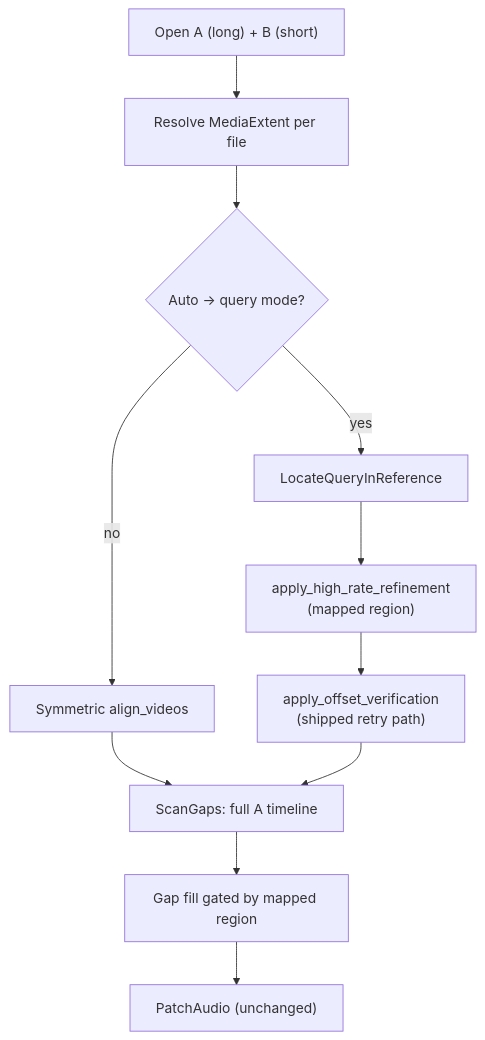
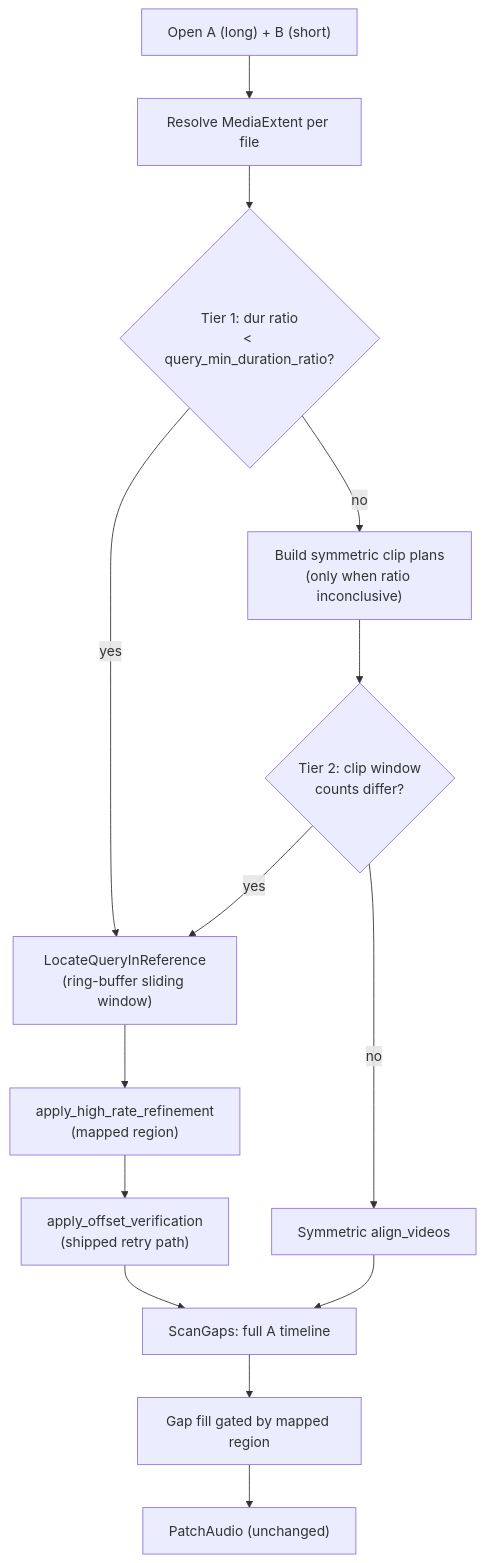
One commit to mgroeninger/clip-sync changed the diagram in docs/TEMP-query-reference-alignment-plan.md. Above: the diagram before and after it, drawn with Mermaid. The commit also changed other lines of this file, not shown here.

First line of the commit message:
Enhance query-reference alignment plan with tolerance tiers and refined search strategy

````diff
--- a/docs/TEMP-query-reference-alignment-plan.md
+++ b/docs/TEMP-query-reference-alignment-plan.md
@@ -427,18 +451,23 @@
 ```mermaid
 flowchart TD
     OPEN["Open A (long) + B (short)"]
     EXT["Resolve MediaExtent per file"]
-    MODE{"Auto → query mode?"}
+    RATIO{"Tier 1: dur ratio\n< query_min_duration_ratio?"}
+    PLAN["Build symmetric clip plans\n(only when ratio inconclusive)"]
+    COUNT{"Tier 2: clip window\ncounts differ?"}
     SYM["Symmetric align_videos"]
-    LOC["LocateQueryInReference"]
+    LOC["LocateQueryInReference\n(ring-buffer sliding window)"]
     HR["apply_high_rate_refinement\n(mapped region)"]
     VER["apply_offset_verification\n(shipped retry path)"]
     SCAN["ScanGaps: full A timeline"]
     FILL["Gap fill gated by mapped region"]
     PATCH["PatchAudio (unchanged)"]
 
-    OPEN --> EXT --> MODE
-    MODE -->|no| SYM --> SCAN
-    MODE -->|yes| LOC --> HR --> VER --> SCAN
+    OPEN --> EXT --> RATIO
+    RATIO -->|yes| LOC
+    RATIO -->|no| PLAN --> COUNT
+    COUNT -->|yes| LOC
+    COUNT -->|no| SYM --> SCAN
+    LOC --> HR --> VER --> SCAN
     SCAN --> FILL --> PATCH
 ```
````
